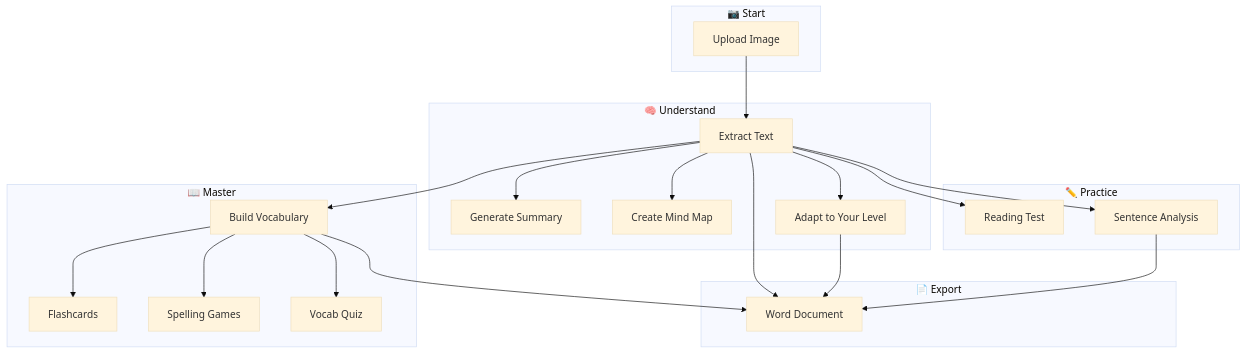
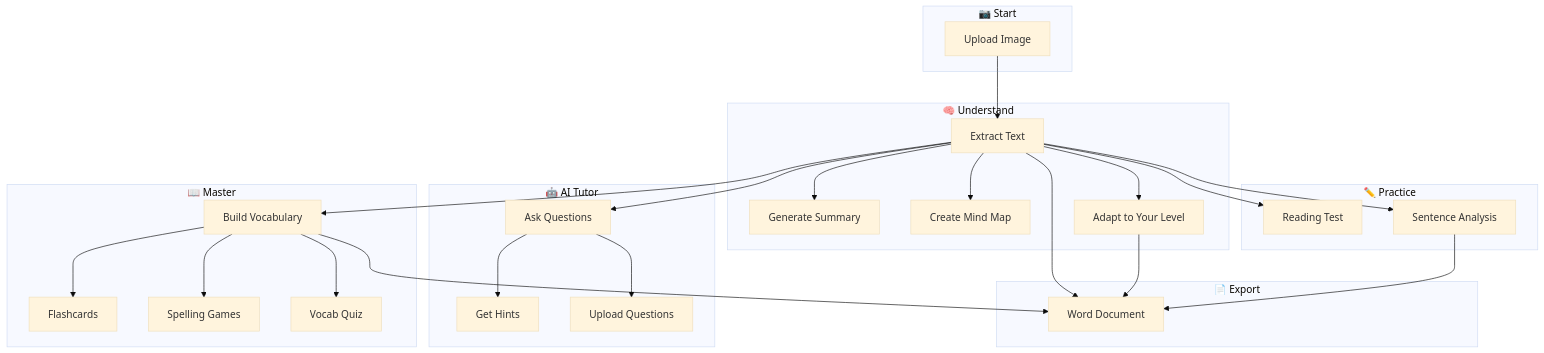
One commit to bentwnghk/reading-assistant changed the diagram in README.md. Above: the diagram before and after it, drawn with Mermaid (base theme). The commit also changed other lines of this file and 3 other files, not shown here.

````diff
--- a/README.md
+++ b/README.md
@@ -30,44 +30,53 @@
 ```mermaid
 flowchart TD
     subgraph INPUT["📷 Start"]
         A[Upload Image]
     end
     
     subgraph UNDERSTAND["🧠 Understand"]
         B[Extract Text]
         C[Generate Summary]
         D[Create Mind Map]
         E[Adapt to Your Level]
+    end
+    
+    subgraph TUTOR["🤖 AI Tutor"]
+        M[Ask Questions]
+        N[Get Hints]
+        O[Upload Questions]
     end
     
     subgraph PRACTICE["✏️ Practice"]
         F[Reading Test]
         G[Sentence Analysis]
     end
     
     subgraph MASTER["📖 Master"]
         H[Build Vocabulary]
         I[Flashcards]
         J[Spelling Games]
         K[Vocab Quiz]
     end
     
     subgraph EXPORT["📄 Export"]
         L[Word Document]
     end
     
     A --> B
     B --> C
     B --> D
     B --> E
     B --> F
     B --> G
     B --> H
+    B --> M
+    M --> N
+    M --> O
     H --> I
     H --> J
     H --> K
     B --> L
     E --> L
     G --> L
     H --> L
 ```
````
